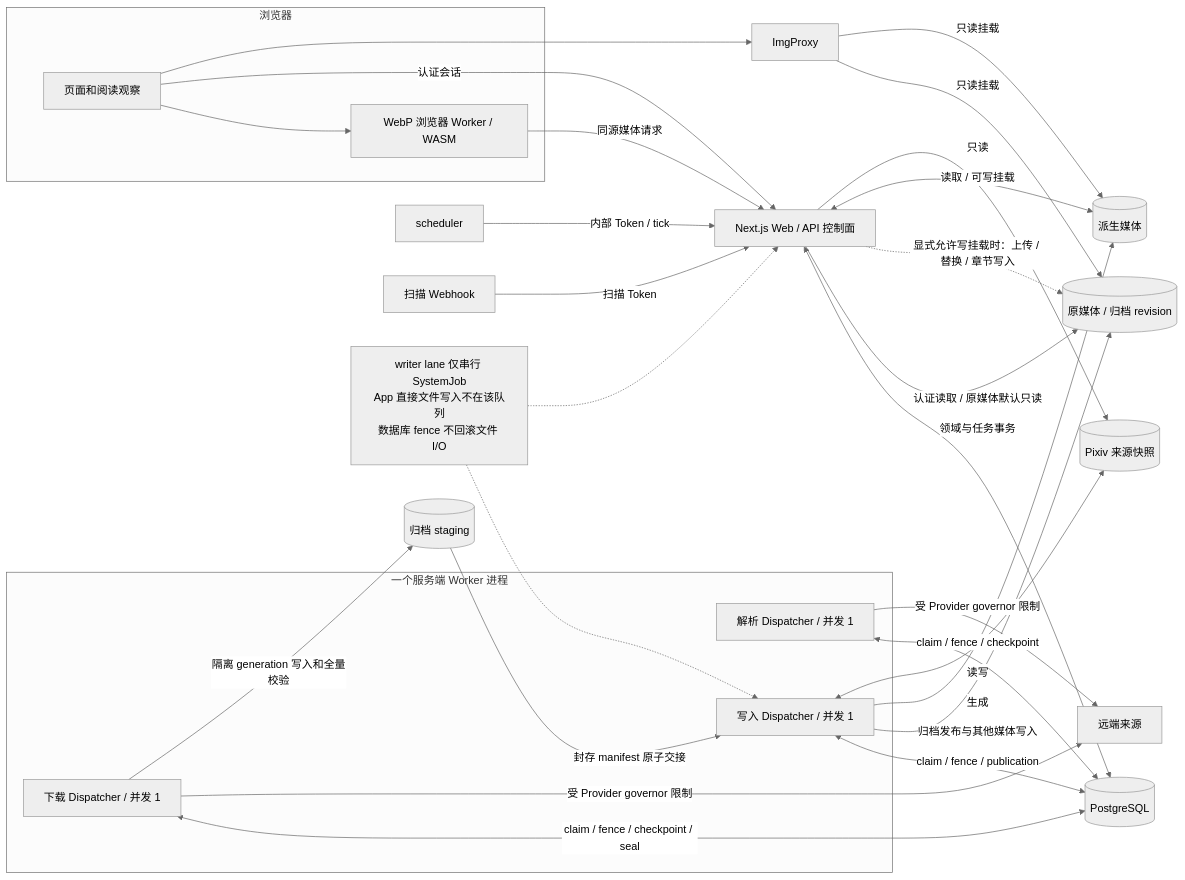
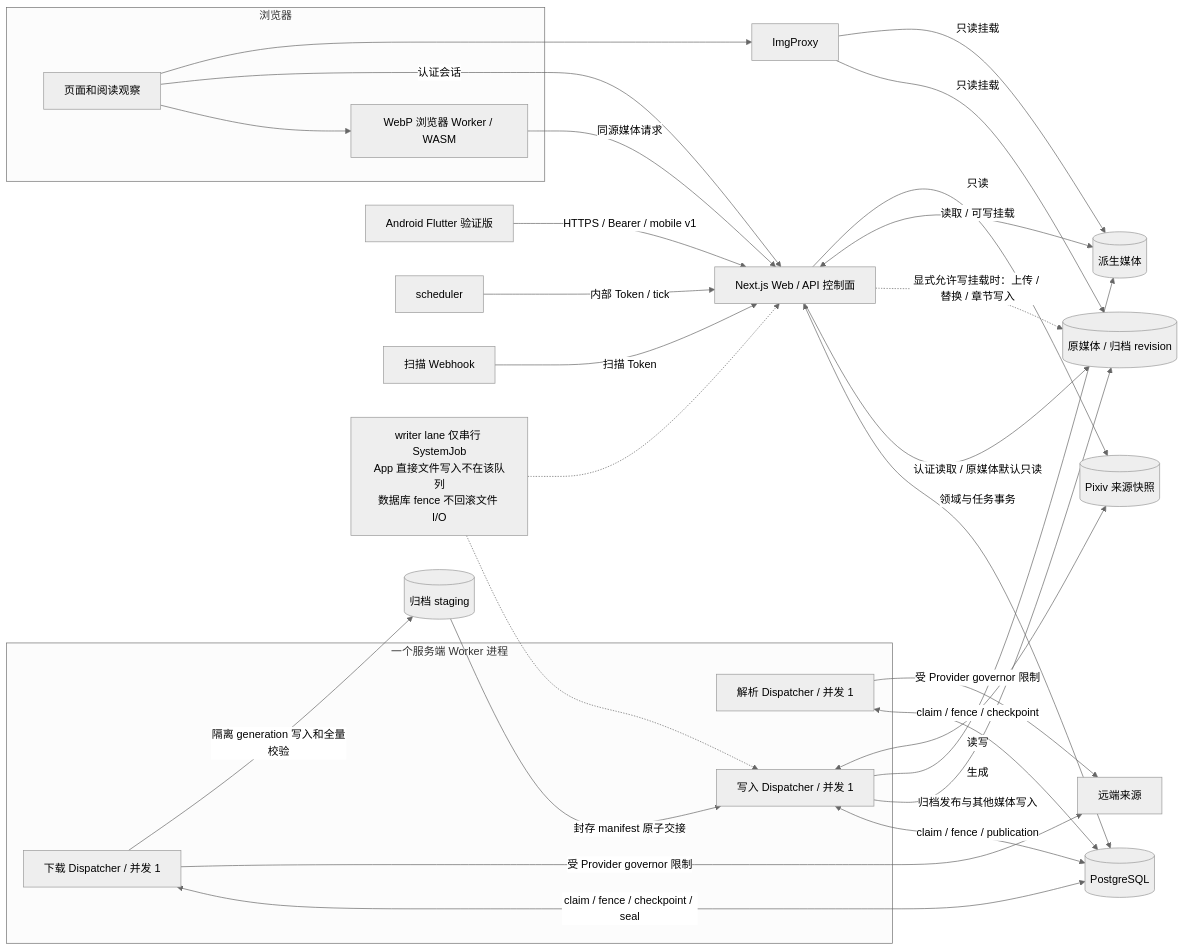
The diagram in docs/diagrams/architecture/system-components.mmd (namehu/PixiShelf), drawn with Mermaid (neutral theme) before and after one commit. The commit also changed 98 other files, not shown here.

Commit message:
feat(android): add Flutter gallery and immersive media reader

```diff
--- a/docs/diagrams/architecture/system-components.mmd
+++ b/docs/diagrams/architecture/system-components.mmd
@@ -1,36 +1,37 @@
 flowchart LR
   subgraph Client[浏览器]
     UI[页面和阅读观察]
     Decode[WebP 浏览器 Worker / WASM]
     UI --> Decode
   end
+  Mobile[Android Flutter 验证版] -->|HTTPS / Bearer / mobile v1| App
   Scheduler[scheduler] -->|内部 Token / tick| App
   Hook[扫描 Webhook] -->|扫描 Token| App
   App[Next.js Web / API 控制面] <-->|领域与任务事务| DB[(PostgreSQL)]
   UI -->|认证会话| App
   subgraph Backend[一个服务端 Worker 进程]
     Resolve[解析 Dispatcher / 并发 1]
     Download[下载 Dispatcher / 并发 1]
     Writer[写入 Dispatcher / 并发 1]
   end
   Resolve <-->|claim / fence / checkpoint| DB
   Download <-->|claim / fence / checkpoint / seal| DB
   Writer <-->|claim / fence / publication| DB
   Resolve -->|受 Provider governor 限制| Remote[远端来源]
   Download -->|受 Provider governor 限制| Remote
   Download -->|隔离 generation 写入和全量校验| Staging[(归档 staging)]
   Staging -->|封存 manifest 原子交接| Writer
   Writer -->|归档发布与其他媒体写入| Media[(原媒体 / 归档 revision)]
   Writer -->|生成| Derived[(派生媒体)]
   Writer <-->|读写| Snapshot[(Pixiv 来源快照)]
   App -->|认证读取 / 原媒体默认只读| Media
   App -.->|显式允许写挂载时：上传 / 替换 / 章节写入| Media
   App <-->|读取 / 可写挂载| Derived
   App -->|只读| Snapshot
   FileBoundary[writer lane 仅串行 SystemJob<br/>App 直接文件写入不在该队列<br/>数据库 fence 不回滚文件 I/O]
   FileBoundary -.-> App
   FileBoundary -.-> Writer
   UI --> Img[ImgProxy]
   Img -->|只读挂载| Media
   Img -->|只读挂载| Derived
   Decode -->|同源媒体请求| App
```
